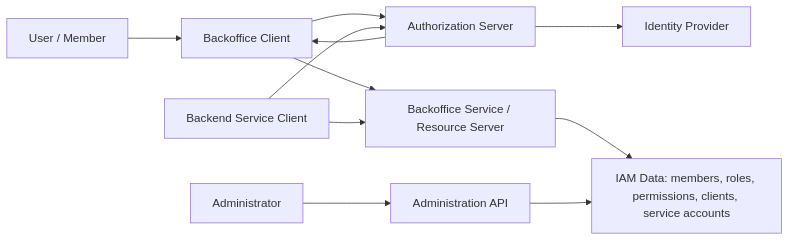
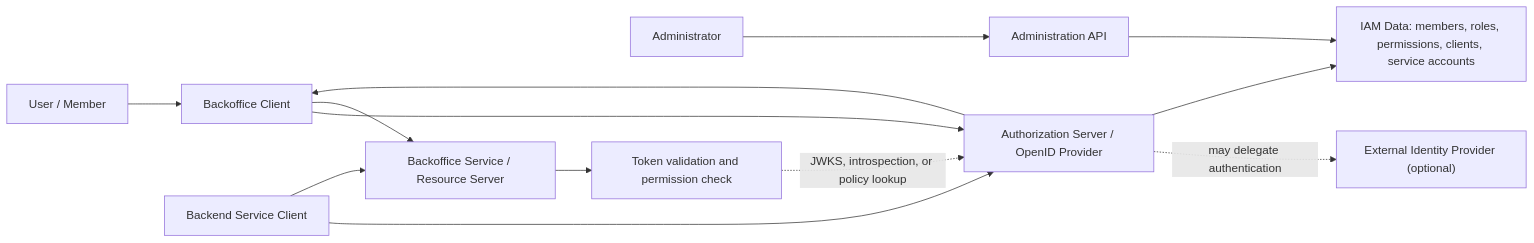
One commit to panaC/edrlab-backoffice-auth-study changed the first of 2 diagrams in docs/wiki/README.md. Above: the diagram before and after it, drawn with Mermaid. The commit also changed other lines of this file, not shown here.

Commit message:
Clarify IAM architecture in wiki README

````diff
--- a/docs/wiki/README.md
+++ b/docs/wiki/README.md
@@ -55,25 +55,28 @@
 ```mermaid
 flowchart LR
-    User[User / Member]
-    Admin[Administrator]
-    Client[Backoffice Client]
-    AS[Authorization Server]
-    IdP[Identity Provider]
-    API[Backoffice Service / Resource Server]
-    AdminAPI[Administration API]
-    Data[IAM Data: members, roles, permissions, clients, service accounts]
-    Service[Backend Service Client]
+    User["User / Member"]
+    Admin["Administrator"]
+    Client["Backoffice Client"]
+    AS["Authorization Server / OpenID Provider"]
+    ExternalIdP["External Identity Provider (optional)"]
+    API["Backoffice Service / Resource Server"]
+    AdminAPI["Administration API"]
+    Data["IAM Data: members, roles, permissions, clients, service accounts"]
+    Service["Backend Service Client"]
+    Decision["Token validation and permission check"]
 
     User --> Client
     Client --> AS
-    AS --> IdP
+    AS -. "may delegate authentication" .-> ExternalIdP
     AS --> Client
     Client --> API
-    API --> Data
+    API --> Decision
+    Decision -. "JWKS, introspection, or policy lookup" .-> AS
 
     Admin --> AdminAPI
     AdminAPI --> Data
+    AS --> Data
 
     Service --> AS
     Service --> API
 ```
````
